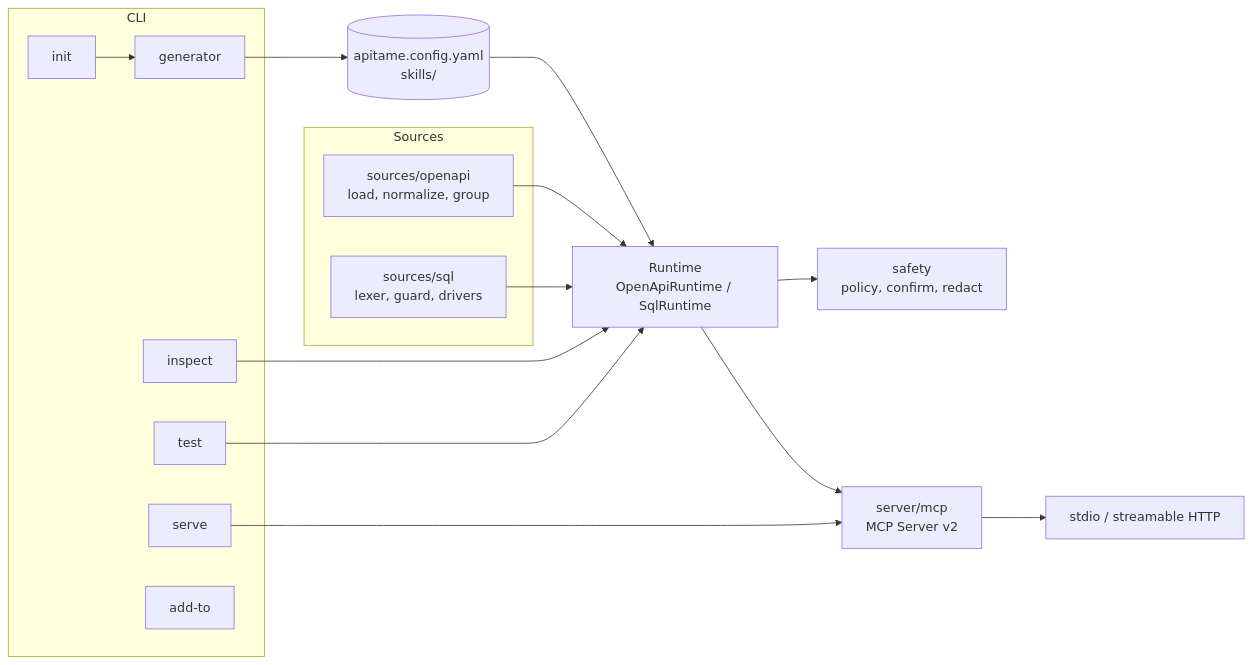
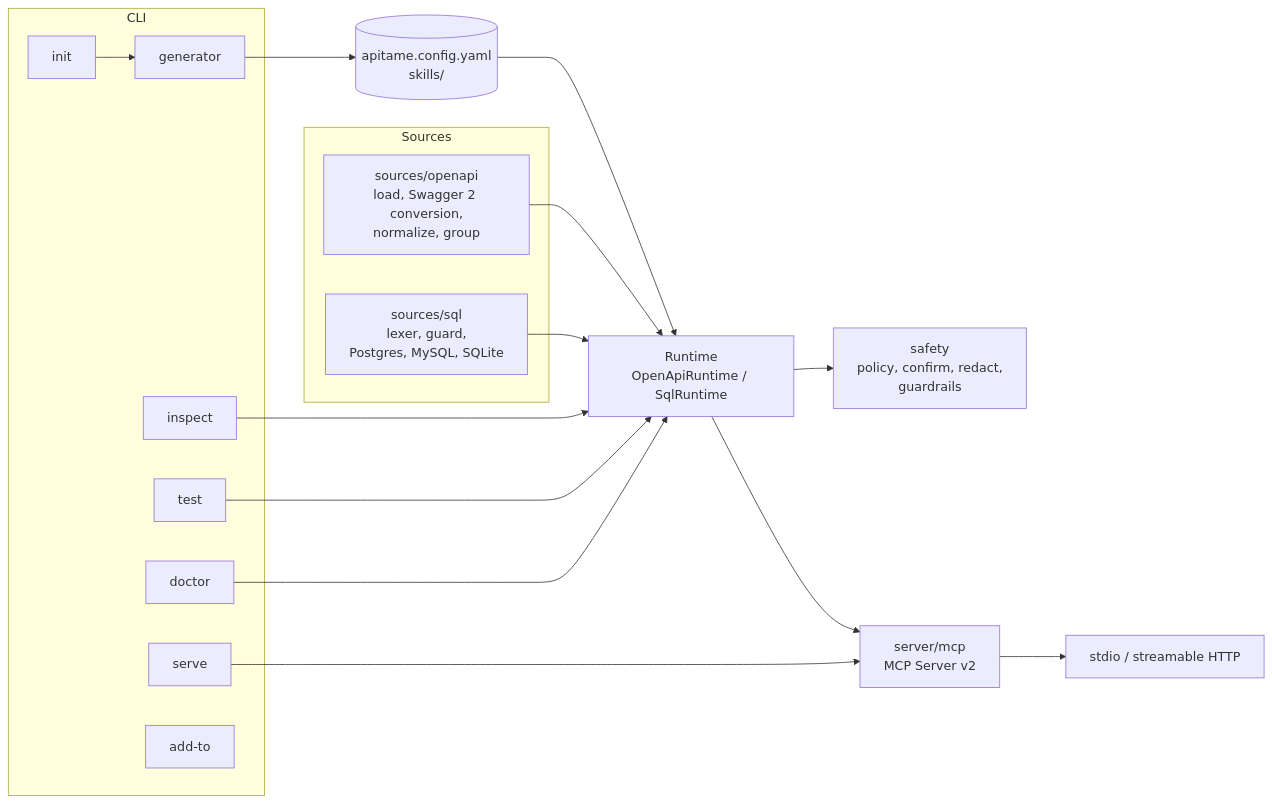
The diagram in docs/architecture.md (albert-canfield/apitame), drawn with Mermaid before and after one commit. The commit also changed other lines of this file and 6 other files, not shown here.

Commit message:
docs: refresh token numbers, demo, architecture and safety table

````diff
--- a/docs/architecture.md
+++ b/docs/architecture.md
@@ -5,25 +5,27 @@
 ```mermaid
 flowchart LR
   subgraph CLI
     init[init] --> gen[generator]
     serve[serve]
     inspect[inspect]
     test[test]
+    doctor[doctor]
     addto[add-to]
   end
   subgraph Sources
-    oas[sources/openapi<br/>load, normalize, group]
-    sql[sources/sql<br/>lexer, guard, drivers]
+    oas[sources/openapi<br/>load, Swagger 2 conversion,<br/>normalize, group]
+    sql[sources/sql<br/>lexer, guard,<br/>Postgres, MySQL, SQLite]
   end
   cfg[(apitame.config.yaml<br/>skills/)]
   gen --> cfg
   cfg --> rt
   oas --> rt
   sql --> rt
-  rt[Runtime<br/>OpenApiRuntime / SqlRuntime] --> safety[safety<br/>policy, confirm, redact]
+  rt[Runtime<br/>OpenApiRuntime / SqlRuntime] --> safety[safety<br/>policy, confirm, redact,<br/>guardrails]
   rt --> mcp[server/mcp<br/>MCP Server v2]
   mcp --> tr[stdio / streamable HTTP]
   serve --> mcp
   inspect --> rt
   test --> rt
+  doctor --> rt
 ```
````
